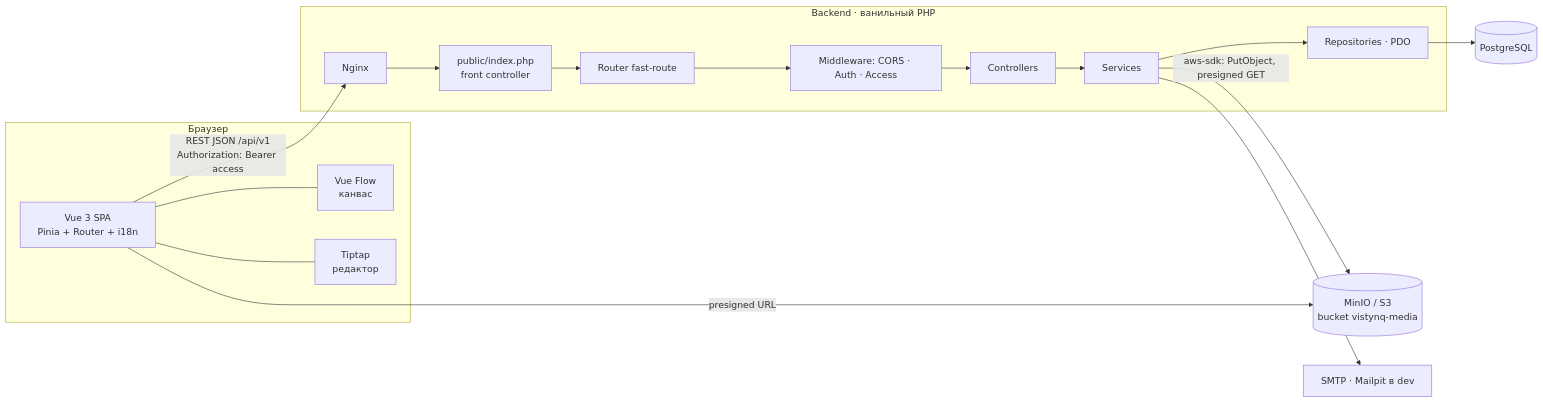
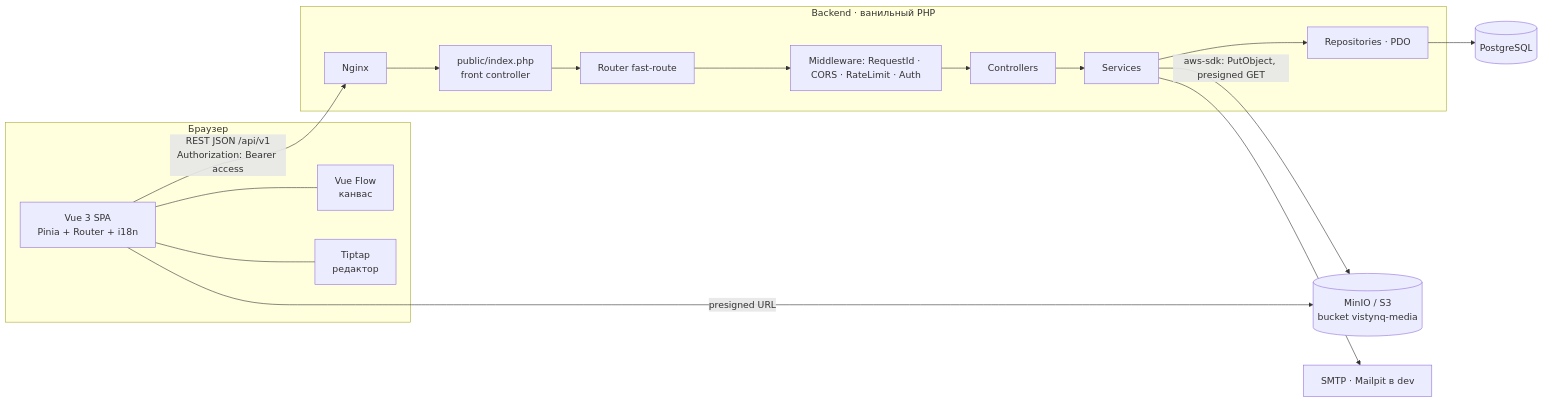
Before and after one commit to Neisvestny/Vistynq: the first of 4 diagrams in docs/architecture.md, drawn with Mermaid. The commit also changed other lines of this file and 9 other files, not shown here.

````diff
--- a/docs/architecture.md
+++ b/docs/architecture.md
@@ -5,31 +5,31 @@
 ```mermaid
 flowchart LR
     subgraph Client[Браузер]
         SPA[Vue 3 SPA<br/>Pinia + Router + i18n]
         VF[Vue Flow<br/>канвас]
         TT[Tiptap<br/>редактор]
         SPA --- VF
         SPA --- TT
     end
 
     subgraph Server[Backend · ванильный PHP]
         NG[Nginx]
         FC[public/index.php<br/>front controller]
         R[Router fast-route]
-        MW[Middleware: CORS · Auth · Access]
+        MW[Middleware: RequestId · CORS · RateLimit · Auth]
         C[Controllers]
         S[Services]
         REP[Repositories · PDO]
         NG --> FC --> R --> MW --> C --> S --> REP
     end
 
     PG[(PostgreSQL)]
     S3[(MinIO / S3<br/>bucket vistynq-media)]
     SMTP[SMTP · Mailpit в dev]
 
     SPA -- "REST JSON /api/v1<br/>Authorization: Bearer access" --> NG
     REP --> PG
     S -- "aws-sdk: PutObject, presigned GET" --> S3
     S --> SMTP
     SPA -- "presigned URL" --> S3
 ```
````
